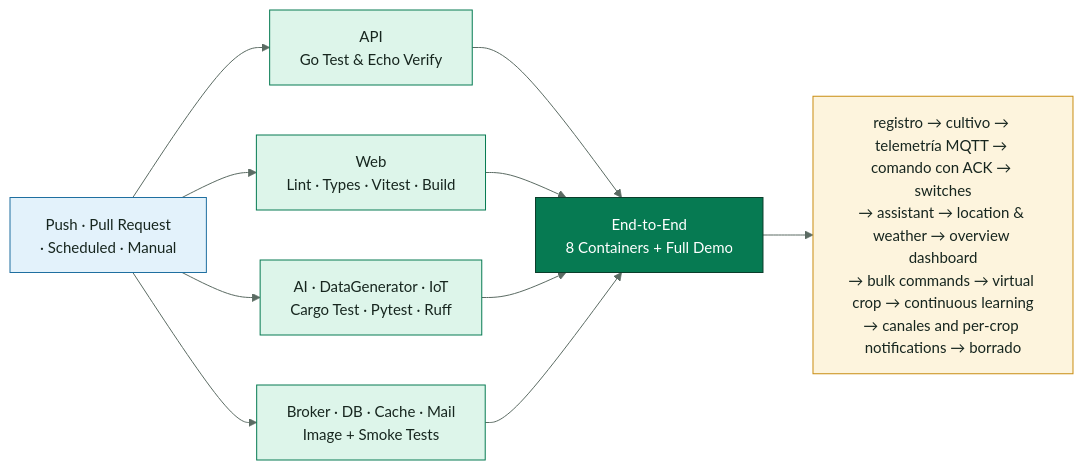
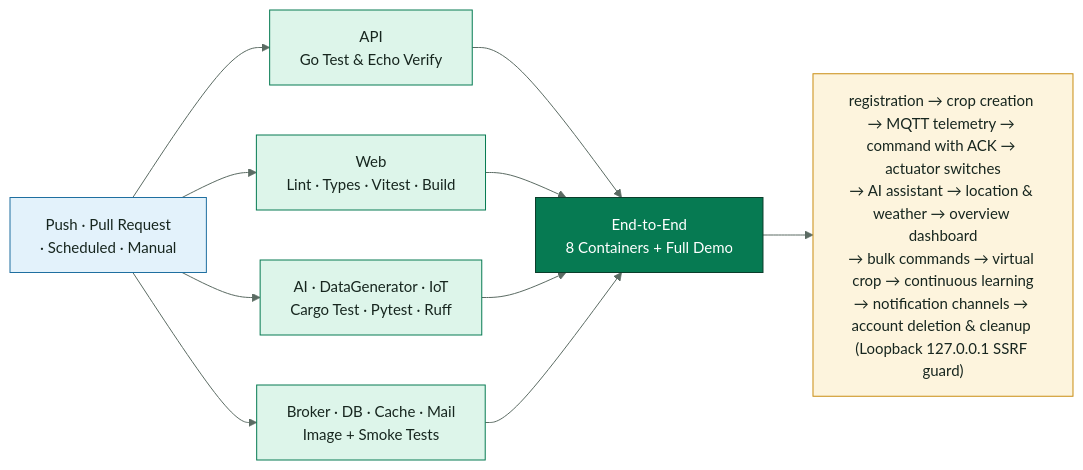
Diagram 14 of 14 in docs/SmartPot_Technical_Documentation.md (SmartPotTech/.github), drawn with Mermaid before and after one commit. The commit also changed other lines of this file and 78 other files, not shown here.

Commit message:
docs(architecture): update and standardize architecture diagrams via archify [skip deploy] #no-deploy

````diff
--- a/docs/SmartPot_Technical_Documentation.md
+++ b/docs/SmartPot_Technical_Documentation.md
@@ -761,21 +761,21 @@
 ```mermaid
 %%{init: {"theme": "base", "fontFamily": "Segoe UI, Arial, sans-serif", "themeVariables": {"fontFamily": "Segoe UI, Arial, sans-serif", "fontSize": "15px", "primaryColor": "#DDF5EA", "primaryTextColor": "#17261F", "primaryBorderColor": "#067A52", "secondaryColor": "#E3F2FB", "secondaryTextColor": "#17261F", "secondaryBorderColor": "#1F6FA0", "tertiaryColor": "#F2F7F4", "tertiaryTextColor": "#17261F", "tertiaryBorderColor": "#D5E3DC", "lineColor": "#5B6B63", "textColor": "#17261F", "mainBkg": "#DDF5EA", "nodeBorder": "#067A52", "clusterBkg": "#F7FAF8", "clusterBorder": "#D5E3DC", "edgeLabelBackground": "#FFFFFF", "actorBkg": "#067A52", "actorBorder": "#0B3D2B", "actorTextColor": "#FFFFFF", "actorLineColor": "#5B6B63", "signalColor": "#17261F", "signalTextColor": "#17261F", "labelBoxBkgColor": "#0B3D2B", "labelBoxBorderColor": "#0B3D2B", "labelTextColor": "#FFFFFF", "loopTextColor": "#0B3D2B", "noteBkgColor": "#FDF4DD", "noteBorderColor": "#C98D12", "noteTextColor": "#17261F", "activationBkgColor": "#DDF5EA", "activationBorderColor": "#067A52", "attributeBackgroundColorOdd": "#FFFFFF", "attributeBackgroundColorEven": "#F2F7F4"}}}%%
 flowchart LR
   trigger["Push · Pull Request<br/>· Scheduled · Manual"] --> api["API<br/>Go Test & Echo Verify"]
   trigger --> web["Web<br/>Lint · Types · Vitest · Build"]
   trigger --> py["AI · DataGenerator · IoT<br/>Cargo Test · Pytest · Ruff"]
   trigger --> ct["Broker · DB · Cache · Mail<br/>Image + Smoke Tests"]
   api --> e2e["End-to-End<br/>8 Containers + Full Demo"]
   web --> e2e
   py --> e2e
   ct --> e2e
-  e2e --> flow["registro → cultivo → telemetría MQTT → comando con ACK → switches<br/>→ assistant → location & weather → overview dashboard<br/>→ bulk commands → virtual crop → continuous learning<br/>→ canales and per-crop notifications → borrado"]
+  e2e --> flow["registration → crop creation → MQTT telemetry → command with ACK → actuator switches<br/>→ AI assistant → location & weather → overview dashboard<br/>→ bulk commands → virtual crop → continuous learning<br/>→ notification channels → account deletion & cleanup (Loopback 127.0.0.1 SSRF guard)"]
   classDef start fill:#E3F2FB,stroke:#1F6FA0,color:#17261F
   classDef job fill:#DDF5EA,stroke:#067A52,color:#17261F
   classDef final fill:#067A52,stroke:#0B3D2B,color:#FFFFFF
   classDef detail fill:#FDF4DD,stroke:#C98D12,color:#17261F
   class trigger start
   class api,web,py,ct job
   class e2e final
   class flow detail
 ```
````
